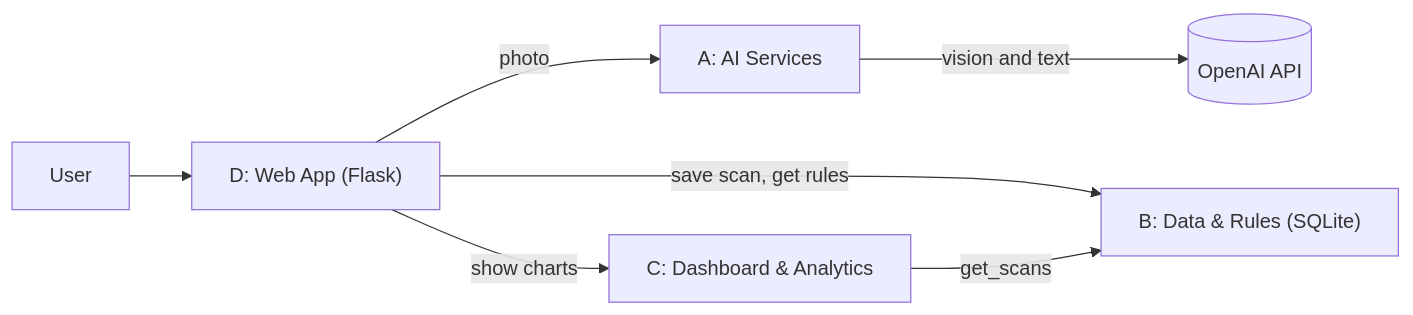
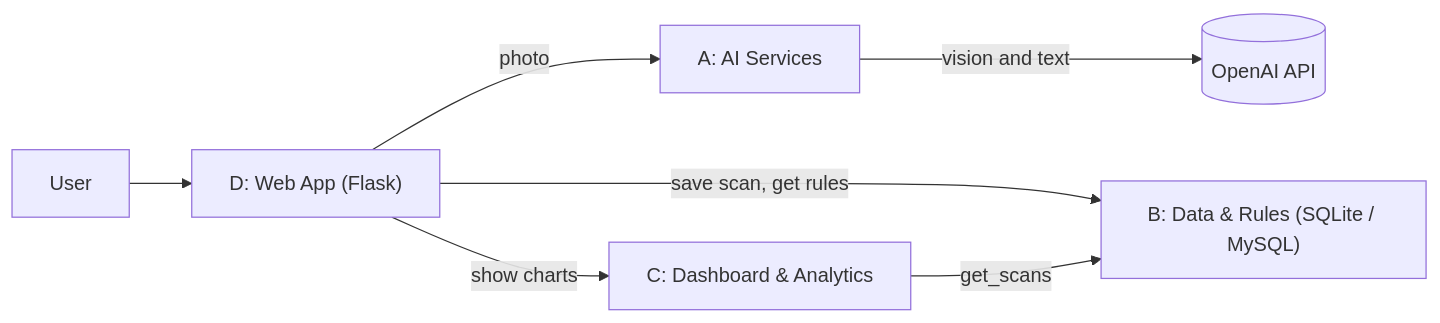
One commit to Timmyy3000/waste-sorting-assistant changed the first of 5 diagrams in README.md. Above: the diagram before and after it, drawn with Mermaid. The commit also changed other lines of this file and 11 other files, not shown here.

````diff
--- a/README.md
+++ b/README.md
@@ -20,9 +20,9 @@
 ```mermaid
 flowchart LR
     User --> D["D: Web App (Flask)"]
     D -->|photo| A["A: AI Services"]
     A -->|vision and text| OpenAI[(OpenAI API)]
-    D -->|save scan, get rules| B["B: Data & Rules (SQLite)"]
+    D -->|save scan, get rules| B["B: Data & Rules (SQLite / MySQL)"]
     D -->|show charts| C["C: Dashboard & Analytics"]
     C -->|get_scans| B
 ```
````
